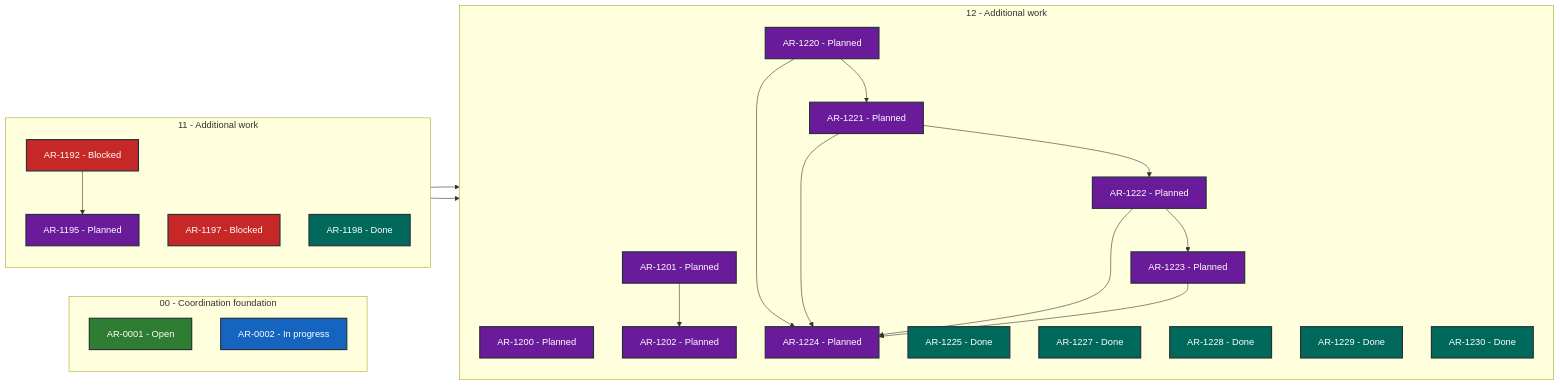
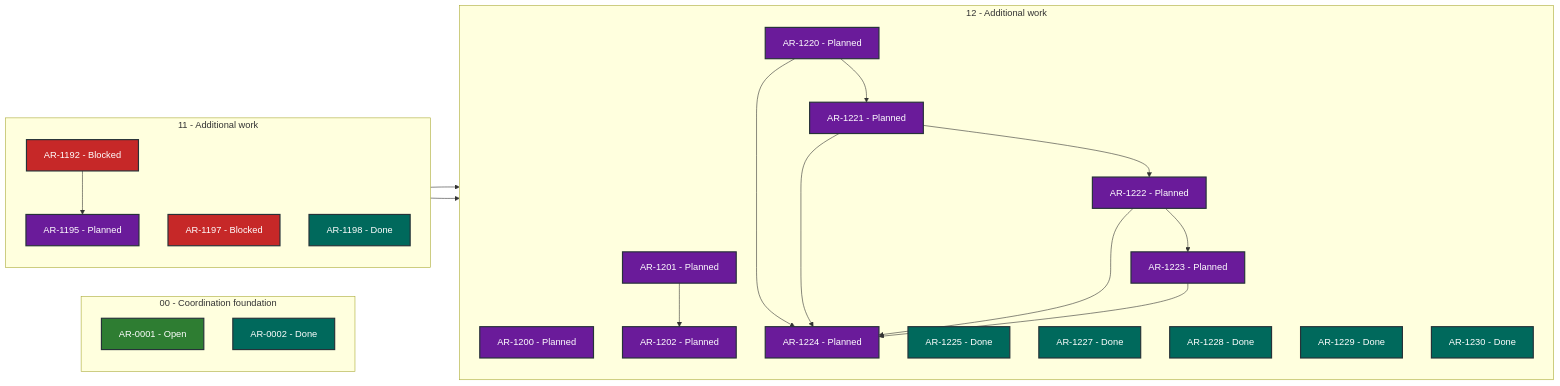
Before and after one commit to martin-beck/asb-tui-state: the diagram in STATUS.md, drawn with Mermaid. The commit also changed other lines of this file and 2 other files, not shown here.

````diff
--- a/STATUS.md
+++ b/STATUS.md
@@ -27,50 +27,50 @@
 ```mermaid
 flowchart LR
     subgraph series_00["00 - Coordination foundation"]
         direction TB
         AR_0001["AR-0001 - Open"]:::status_open
-        AR_0002["AR-0002 - In progress"]:::status_in_progress
+        AR_0002["AR-0002 - Done"]:::status_done
     end
     subgraph series_11["11 - Additional work"]
         direction TB
         AR_1192["AR-1192 - Blocked"]:::status_blocked
         AR_1195["AR-1195 - Planned"]:::status_planned
         AR_1197["AR-1197 - Blocked"]:::status_blocked
         AR_1198["AR-1198 - Done"]:::status_done
     end
     subgraph series_12["12 - Additional work"]
         direction TB
         AR_1200["AR-1200 - Planned"]:::status_planned
         AR_1201["AR-1201 - Planned"]:::status_planned
         AR_1202["AR-1202 - Planned"]:::status_planned
         AR_1220["AR-1220 - Planned"]:::status_planned
         AR_1221["AR-1221 - Planned"]:::status_planned
         AR_1222["AR-1222 - Planned"]:::status_planned
         AR_1223["AR-1223 - Planned"]:::status_planned
         AR_1224["AR-1224 - Planned"]:::status_planned
         AR_1225["AR-1225 - Done"]:::status_done
         AR_1227["AR-1227 - Done"]:::status_done
         AR_1228["AR-1228 - Done"]:::status_done
         AR_1229["AR-1229 - Done"]:::status_done
         AR_1230["AR-1230 - Done"]:::status_done
     end
     AR_1192 --> AR_1195
     AR_1195 --> AR_1200
     AR_1197 --> AR_1201
     AR_1201 --> AR_1202
     AR_1220 --> AR_1221
     AR_1220 --> AR_1224
     AR_1221 --> AR_1222
     AR_1221 --> AR_1224
     AR_1222 --> AR_1223
     AR_1222 --> AR_1224
     AR_1223 --> AR_1224
     classDef status_in_progress fill:#1565c0,color:#ffffff,stroke:#263238,stroke-width:2px
     classDef status_open fill:#2e7d32,color:#ffffff,stroke:#263238,stroke-width:2px
     classDef status_blocked fill:#c62828,color:#ffffff,stroke:#263238,stroke-width:2px
     classDef status_planned fill:#6a1b9a,color:#ffffff,stroke:#263238,stroke-width:2px
     classDef status_future fill:#455a64,color:#ffffff,stroke:#263238,stroke-width:2px
     classDef status_done fill:#00695c,color:#ffffff,stroke:#263238,stroke-width:2px
     classDef status_cancelled fill:#616161,color:#ffffff,stroke:#263238,stroke-width:2px
     classDef status_superseded fill:#5d4037,color:#ffffff,stroke:#263238,stroke-width:2px
 ```
````
